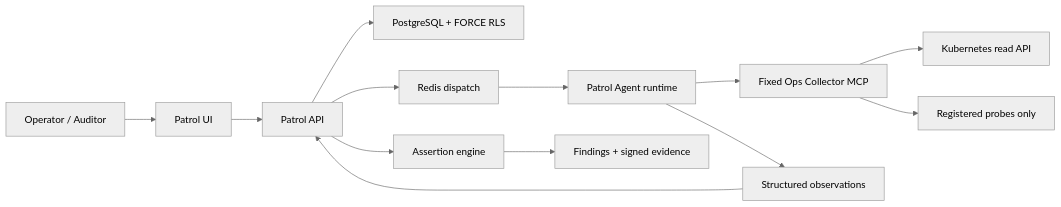
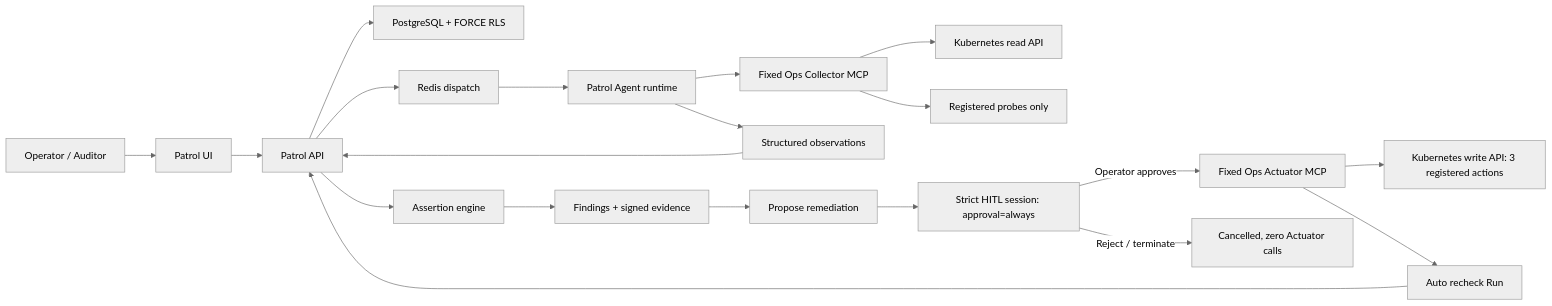
The first of 4 diagrams in docs/architecture/ops-patrol.md (OceaLong/opencitadel), drawn with Mermaid (neutral theme) before and after one commit. The commit also changed other lines of this file and 375 other files, not shown here.

First line of the commit message:
feat(ops-patrol): add remediation support for Ops Patrol

````diff
--- a/docs/architecture/ops-patrol.md
+++ b/docs/architecture/ops-patrol.md
@@ -9,15 +9,22 @@
 ```mermaid
 flowchart LR
   User["Operator / Auditor"] --> UI["Patrol UI"]
   UI --> API["Patrol API"]
   API --> DB["PostgreSQL + FORCE RLS"]
   API --> Redis["Redis dispatch"]
   Redis --> Worker["Patrol Agent runtime"]
   Worker --> MCP["Fixed Ops Collector MCP"]
   MCP --> K8s["Kubernetes read API"]
   MCP --> Targets["Registered probes only"]
   Worker --> Submit["Structured observations"]
   Submit --> API
   API --> Assert["Assertion engine"]
   Assert --> Evidence["Findings + signed evidence"]
+  Evidence --> Remediate["Propose remediation"]
+  Remediate --> Gate["Strict HITL session: approval=always"]
+  Gate -->|Operator approves| Actuator["Fixed Ops Actuator MCP"]
+  Gate -->|Reject / terminate| Cancelled["Cancelled, zero Actuator calls"]
+  Actuator --> K8sWrite["Kubernetes write API: 3 registered actions"]
+  Actuator --> Recheck["Auto recheck Run"]
+  Recheck --> API
 ```
````
